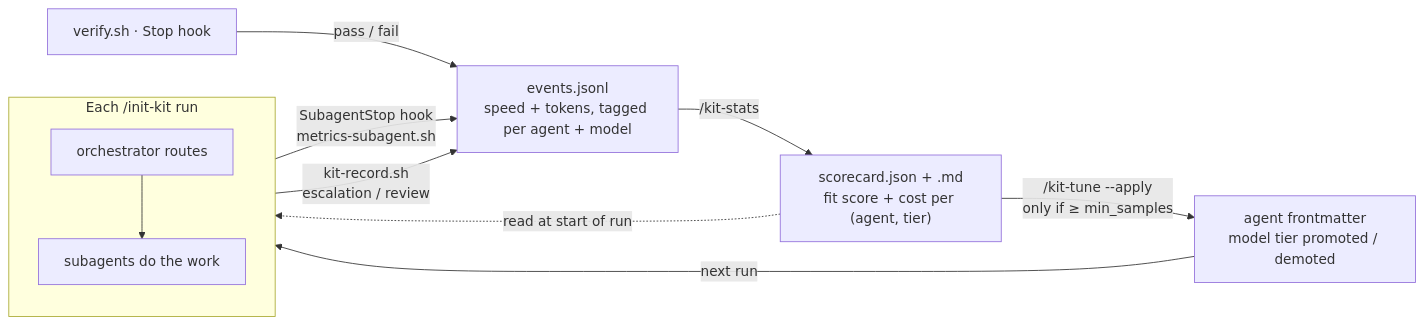
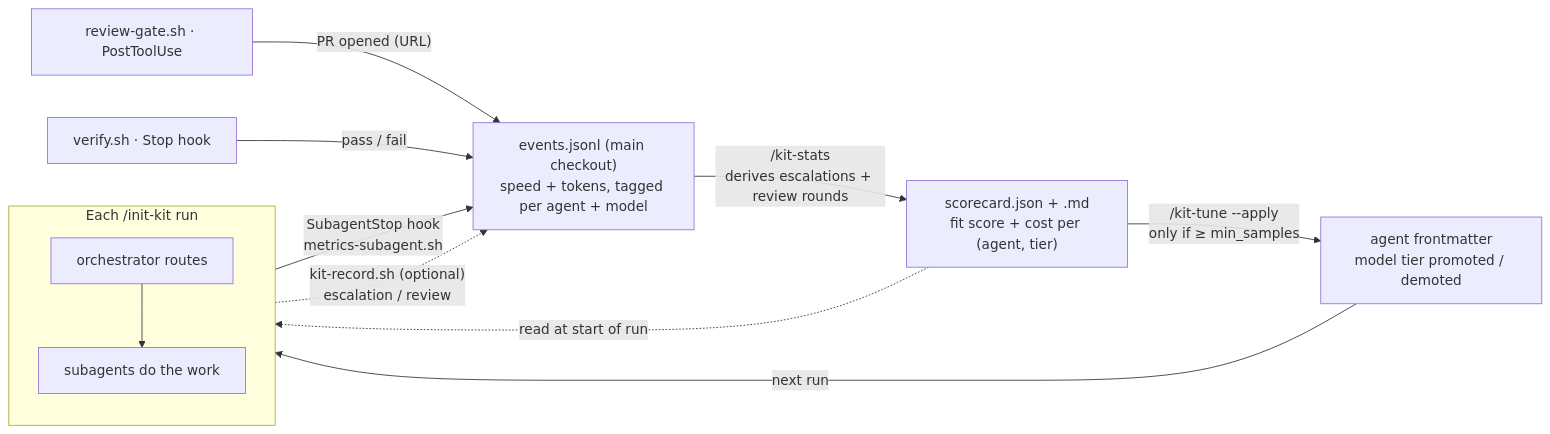
Before and after one commit to slenderman2511/AgentAutoKit: the sixth of 6 diagrams in README.md, drawn with Mermaid. The commit also changed other lines of this file and 27 other files, not shown here.

First line of the commit message:
fix(telemetry): one event log per repo, derived fit signals, off-pin runs (v2.1.0) (#12)

````diff
--- a/README.md
+++ b/README.md
@@ -548,14 +549,15 @@
 ```mermaid
 flowchart LR
   subgraph RUN["Each /init-kit run"]
     direction TB
     OR["orchestrator routes"] --> SUB["subagents do the work"]
   end
-  SUB -->|"SubagentStop hook<br/>metrics-subagent.sh"| EV["events.jsonl<br/>speed + tokens, tagged per agent + model"]
-  OR -->|"kit-record.sh<br/>escalation / review"| EV
+  SUB -->|"SubagentStop hook<br/>metrics-subagent.sh"| EV["events.jsonl (main checkout)<br/>speed + tokens, tagged per agent + model"]
+  PRH["review-gate.sh · PostToolUse"] -->|"PR opened (URL)"| EV
   VER["verify.sh · Stop hook"] -->|"pass / fail"| EV
-  EV -->|"/kit-stats"| SC["scorecard.json + .md<br/>fit score + cost per (agent, tier)"]
+  OR -.->|"kit-record.sh (optional)<br/>escalation / review"| EV
+  EV -->|"/kit-stats<br/>derives escalations + review rounds"| SC["scorecard.json + .md<br/>fit score + cost per (agent, tier)"]
   SC -->|"/kit-tune --apply<br/>only if ≥ min_samples"| FM["agent frontmatter<br/>model tier promoted / demoted"]
   FM -->|"next run"| OR
   SC -.->|"read at start of run"| OR
 ```
````
